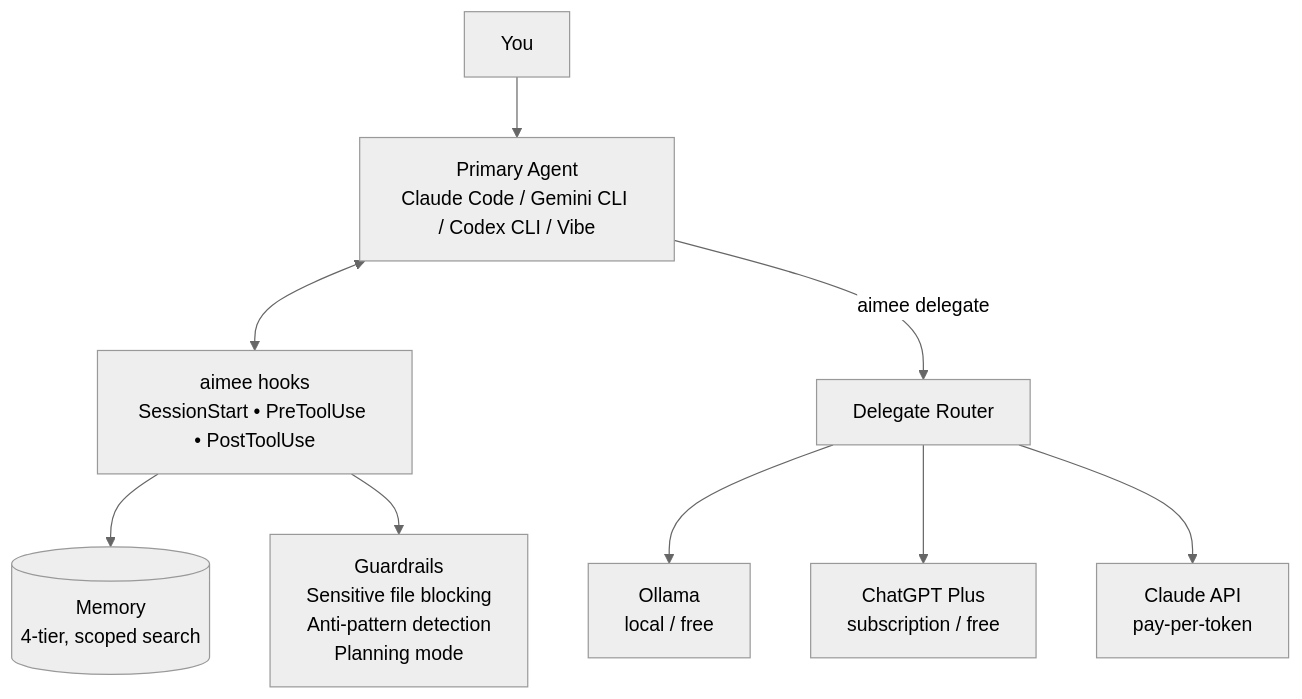
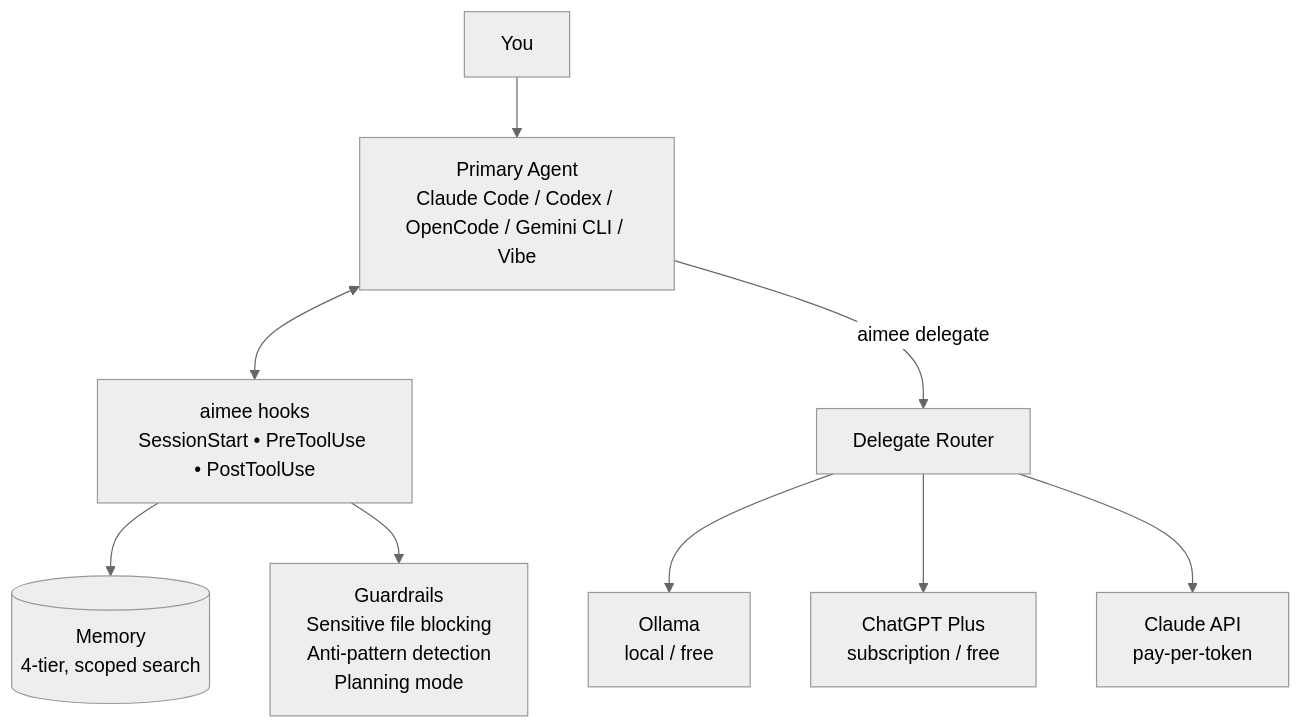
The first of 2 diagrams in README.md (AsobaCloud/nehanda-cli), drawn with Mermaid (neutral theme) before and after one commit. The commit also changed other lines of this file and 2 other files, not shown here.

````diff
--- a/README.md
+++ b/README.md
@@ -19,22 +21,22 @@
 ```mermaid
 graph TB
     User["You"]
-    PA["Primary Agent<br/>Claude Code / Gemini CLI / Codex CLI / Vibe"]
+    PA["Primary Agent<br/>Claude Code / Codex / OpenCode / Gemini CLI / Vibe"]
     Hooks["aimee hooks<br/>SessionStart &bull; PreToolUse &bull; PostToolUse"]
     Memory[("Memory<br/>4-tier, scoped search")]
     Guard["Guardrails<br/>Sensitive file blocking<br/>Anti-pattern detection<br/>Planning mode"]
     Router["Delegate Router"]
 
     D1["Ollama<br/>local / free"]
     D2["ChatGPT Plus<br/>subscription / free"]
     D3["Claude API<br/>pay-per-token"]
 
     User --> PA
     PA <--> Hooks
     Hooks --> Memory
     Hooks --> Guard
     PA -->|"aimee delegate"| Router
     Router --> D1
     Router --> D2
     Router --> D3
 ```
````
